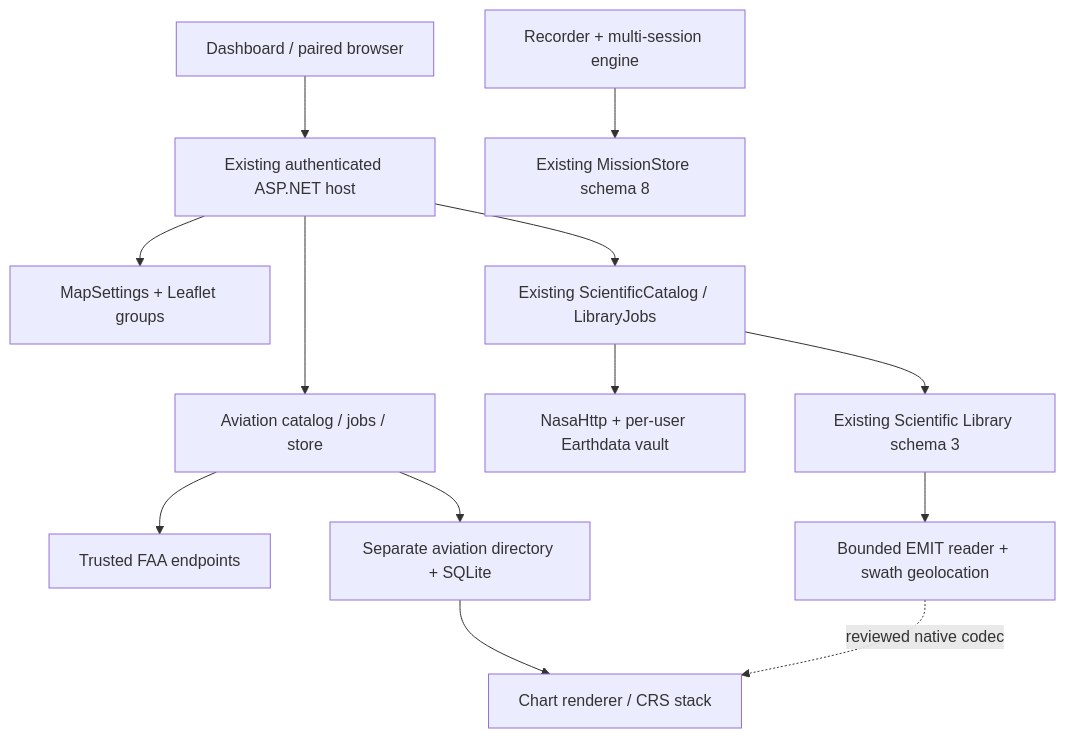
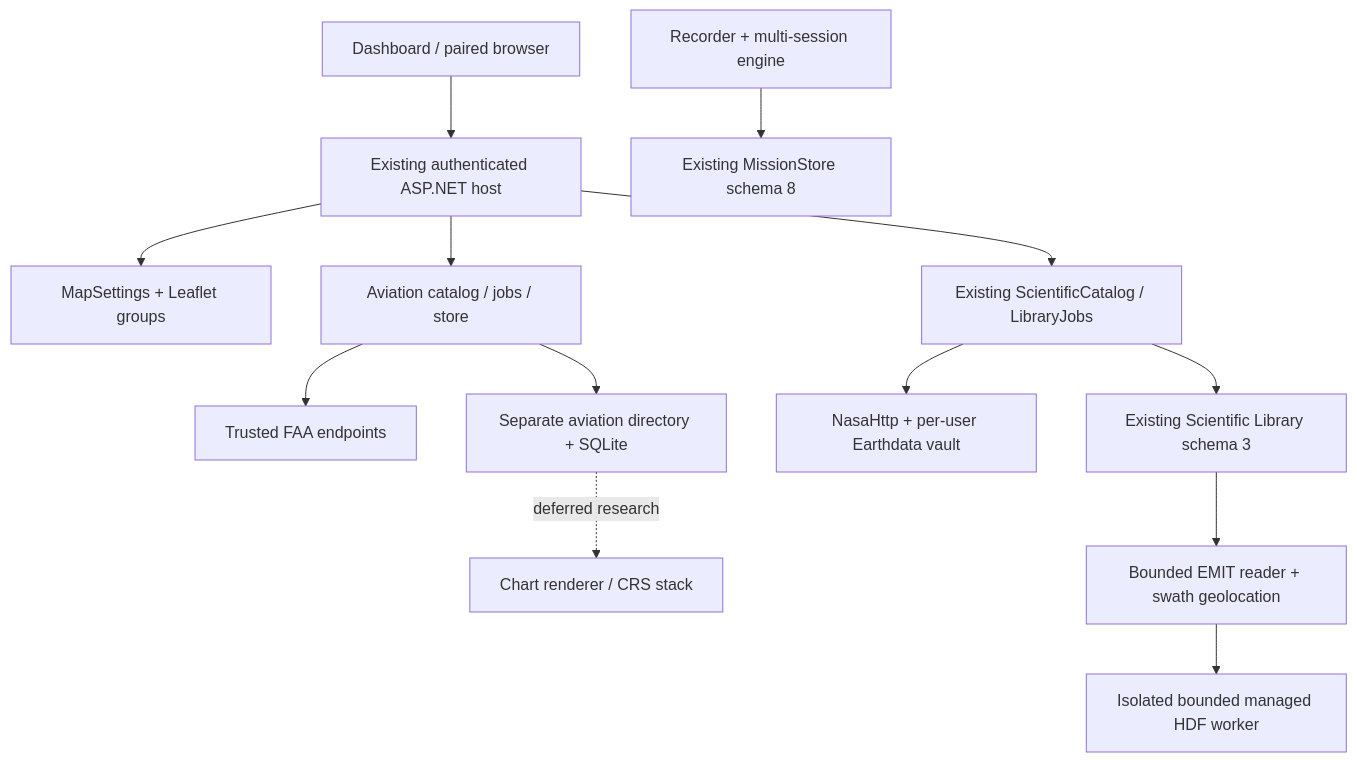
The diagram in docs/roadmap/v0.6.0-architecture.md (JustSeanC/AeroScience), drawn with Mermaid before and after one commit. The commit also changed other lines of this file and 323 other files, not shown here.

Commit message:
Implement isolated bounded HDF reader foundation; defer chart viewer

````diff
--- a/docs/roadmap/v0.6.0-architecture.md
+++ b/docs/roadmap/v0.6.0-architecture.md
@@ -27,15 +27,15 @@
 ```mermaid
 flowchart TD
   UI[Dashboard / paired browser] --> API[Existing authenticated ASP.NET host]
   API --> MAP[MapSettings + Leaflet groups]
   API --> AVI[Aviation catalog / jobs / store]
   AVI --> FAA[Trusted FAA endpoints]
   AVI --> AD[Separate aviation directory + SQLite]
   API --> LIB[Existing ScientificCatalog / LibraryJobs]
   LIB --> NASA[NasaHttp + per-user Earthdata vault]
   LIB --> SD[Existing Scientific Library schema 3]
   SD --> EMIT[Bounded EMIT reader + swath geolocation]
-  AD --> GIS[Chart renderer / CRS stack]
-  EMIT -. reviewed native codec .-> GIS
+  AD -. deferred research .-> GIS[Chart renderer / CRS stack]
+  EMIT --> HDF[Isolated bounded managed HDF worker]
   REC[Recorder + multi-session engine] --> MD[Existing MissionStore schema 8]
 ```
````
